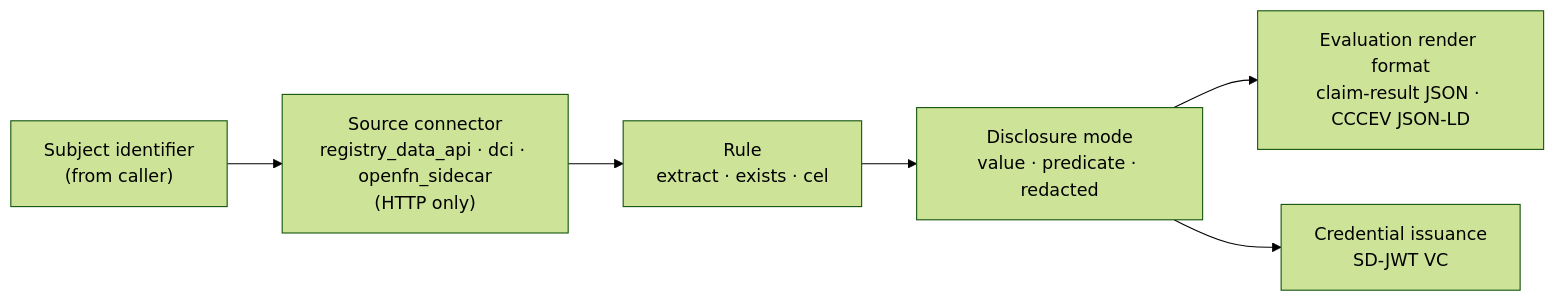
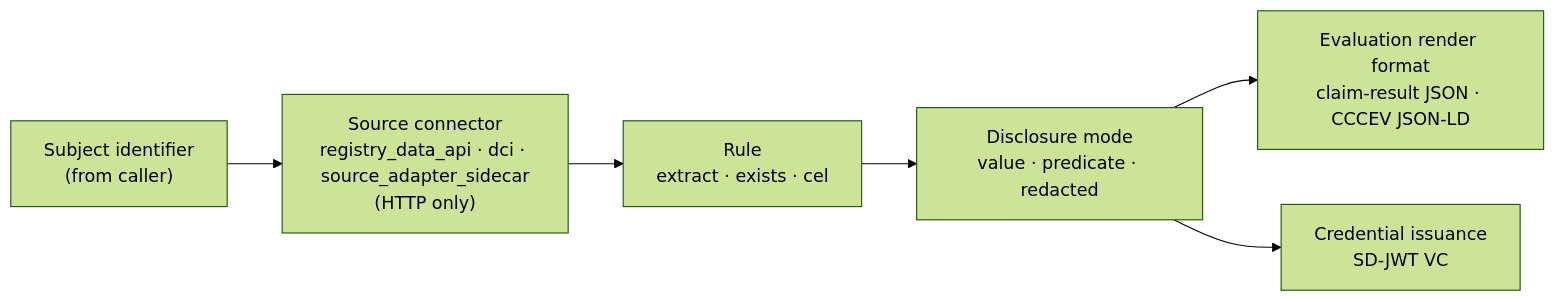
One commit to jeremi/registry-docs changed the diagram in src/content/docs/spec/rs-pr-notary.mdx. Above: the diagram before and after it, drawn with Mermaid (forest theme). The commit also changed other lines of this file and 11 other files, not shown here.

````diff
--- a/src/content/docs/spec/rs-pr-notary.mdx
+++ b/src/content/docs/spec/rs-pr-notary.mdx
@@ -99,11 +99,11 @@
 ```mermaid
 flowchart LR
     subject["Subject identifier<br/>(from caller)"]
-    connector["Source connector<br/>registry_data_api · dci · openfn_sidecar<br/>(HTTP only)"]
+    connector["Source connector<br/>registry_data_api · dci · source_adapter_sidecar<br/>(HTTP only)"]
     rule["Rule<br/>extract · exists · cel"]
     disclosure["Disclosure mode<br/>value · predicate · redacted"]
     format["Evaluation render format<br/>claim-result JSON · CCCEV JSON-LD"]
     credential["Credential issuance<br/>SD-JWT VC"]
     subject --> connector --> rule --> disclosure --> format
     disclosure --> credential
 ```
````
